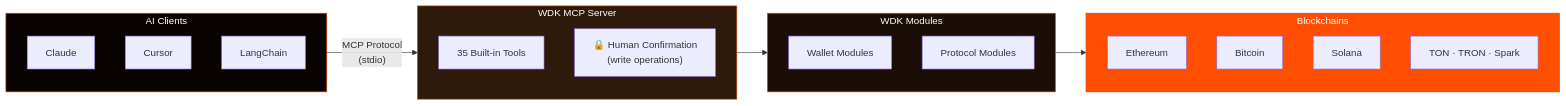
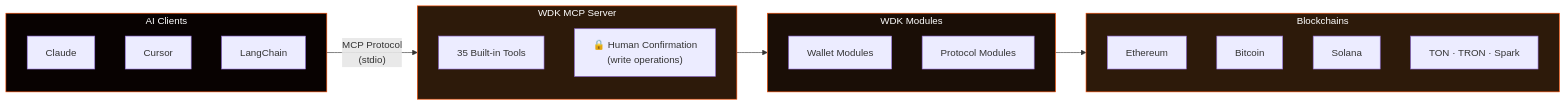
Before and after one commit to gatteo/wdk-docs: the diagram in ai/mcp-toolkit/README.md, drawn with Mermaid. The commit also changed 16 other files, not shown here.

Commit message:
docs: replace all primary orange backgrounds with dark tones in diagrams

````diff
--- a/ai/mcp-toolkit/README.md
+++ b/ai/mcp-toolkit/README.md
@@ -33,37 +33,37 @@
 ```mermaid
 graph LR
     subgraph Clients["AI Clients"]
         Claude["Claude"]
         Cursor["Cursor"]
         LC["LangChain"]
     end
 
     subgraph MCP["WDK MCP Server"]
         direction TB
         Tools["35 Built-in Tools"]
         Confirm["🔒 Human Confirmation\n(write operations)"]
     end
 
     subgraph SDK["WDK Modules"]
         direction TB
         WM["Wallet Modules"]
         PM["Protocol Modules"]
     end
 
     subgraph Chains["Blockchains"]
         direction TB
         ETH["Ethereum"]
         BTC["Bitcoin"]
         SOL["Solana"]
         MORE["TON · TRON · Spark"]
     end
 
     Clients -->|"MCP Protocol\n(stdio)"| MCP
     MCP --> SDK
     SDK --> Chains
 
     style Clients fill:#080201,stroke:#FF4E00,color:#fff
     style MCP fill:#2d1a0a,stroke:#FF4E00,color:#fff
     style SDK fill:#1a0e06,stroke:#FF4E00,color:#fff
-    style Chains fill:#FF4E00,stroke:#cc3e00,color:#fff
+    style Chains fill:#2d1a0a,stroke:#FF4E00,color:#fff
 ```
````
